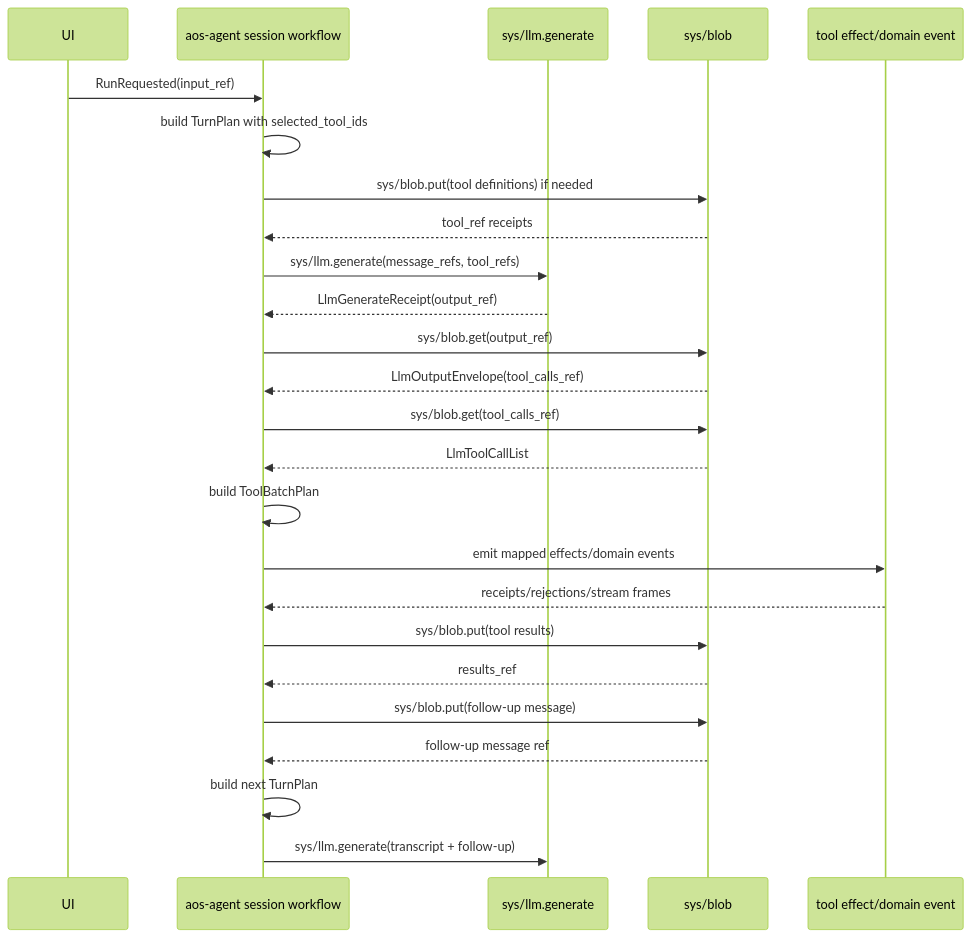
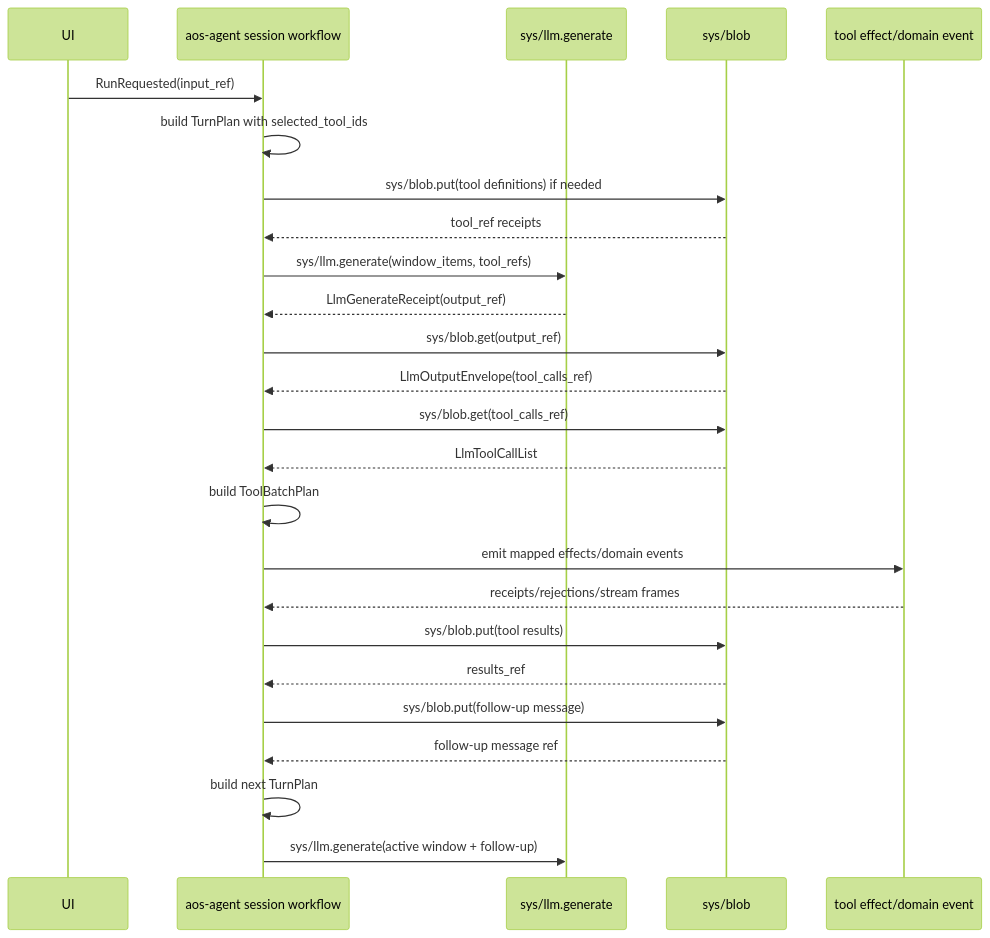
One commit to smartcomputer-ai/agent-os changed diagram 19 of 22 in roadmap/v0.30-agent/visual-guide.md. Above: the diagram before and after it, drawn with Mermaid (forest theme). The commit also changed other lines of this file and 32 other files, not shown here.

````diff
--- a/roadmap/v0.30-agent/visual-guide.md
+++ b/roadmap/v0.30-agent/visual-guide.md
@@ -1510,28 +1534,28 @@
 ```mermaid
 sequenceDiagram
   participant UI
   participant Agent as aos-agent session workflow
   participant LLM as sys/llm.generate
   participant Blob as sys/blob
   participant Tool as tool effect/domain event
 
   UI->>Agent: RunRequested(input_ref)
   Agent->>Agent: build TurnPlan with selected_tool_ids
   Agent->>Blob: sys/blob.put(tool definitions) if needed
   Blob-->>Agent: tool_ref receipts
-  Agent->>LLM: sys/llm.generate(message_refs, tool_refs)
+  Agent->>LLM: sys/llm.generate(window_items, tool_refs)
   LLM-->>Agent: LlmGenerateReceipt(output_ref)
   Agent->>Blob: sys/blob.get(output_ref)
   Blob-->>Agent: LlmOutputEnvelope(tool_calls_ref)
   Agent->>Blob: sys/blob.get(tool_calls_ref)
   Blob-->>Agent: LlmToolCallList
   Agent->>Agent: build ToolBatchPlan
   Agent->>Tool: emit mapped effects/domain events
   Tool-->>Agent: receipts/rejections/stream frames
   Agent->>Blob: sys/blob.put(tool results)
   Blob-->>Agent: results_ref
   Agent->>Blob: sys/blob.put(follow-up message)
   Blob-->>Agent: follow-up message ref
   Agent->>Agent: build next TurnPlan
-  Agent->>LLM: sys/llm.generate(transcript + follow-up)
+  Agent->>LLM: sys/llm.generate(active window + follow-up)
 ```
````
